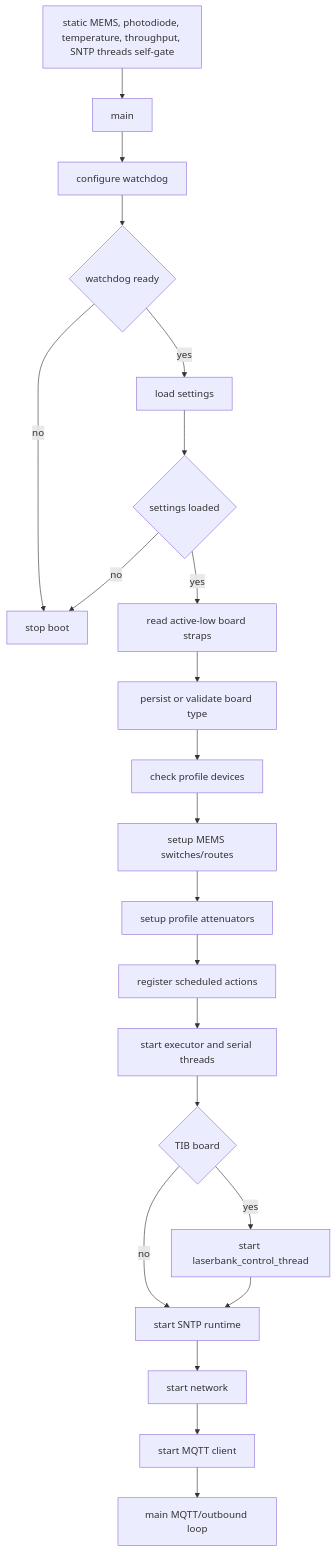
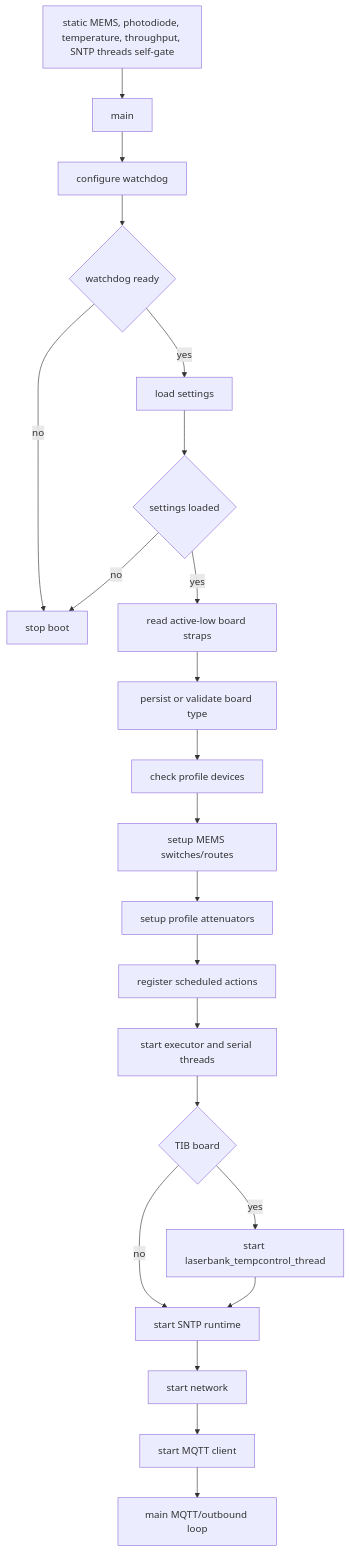
The second of 22 diagrams in doc/diagrams.md (COO-Utilities/hispec-tib), drawn with Mermaid before and after one commit. The commit also changed other lines of this file and 10 other files, not shown here.

Commit message:
Rename laser bank temperature control module

````diff
--- a/doc/diagrams.md
+++ b/doc/diagrams.md
@@ -39,24 +39,24 @@
 ```mermaid
 flowchart TD
   Static[static MEMS, photodiode, temperature, throughput, SNTP threads self-gate] --> Start[main]
   Start --> Watchdog[configure watchdog]
   Watchdog --> WdogOK{watchdog ready}
   WdogOK -- no --> Stop[stop boot]
   WdogOK -- yes --> Load[load settings]
   Load --> SettingsOK{settings loaded}
   SettingsOK -- no --> Stop
   SettingsOK -- yes --> Straps[read active-low board straps]
   Straps --> PersistBoard[persist or validate board type]
   PersistBoard --> DevicesReady[check profile devices]
   DevicesReady --> Router[setup MEMS switches/routes]
   Router --> Attens[setup profile attenuators]
   Attens --> Runtime[register scheduled actions]
   Runtime --> Threads[start executor and serial threads]
   Threads --> LaserCtrl{TIB board}
-  LaserCtrl -- yes --> BankCtrl[start laserbank_control_thread]
+  LaserCtrl -- yes --> BankCtrl[start laserbank_tempcontrol_thread]
   LaserCtrl -- no --> SNTP[start SNTP runtime]
   BankCtrl --> SNTP
   SNTP --> Network[start network]
   Network --> MQTTInit[start MQTT client]
   MQTTInit --> Loop[main MQTT/outbound loop]
 ```
````
